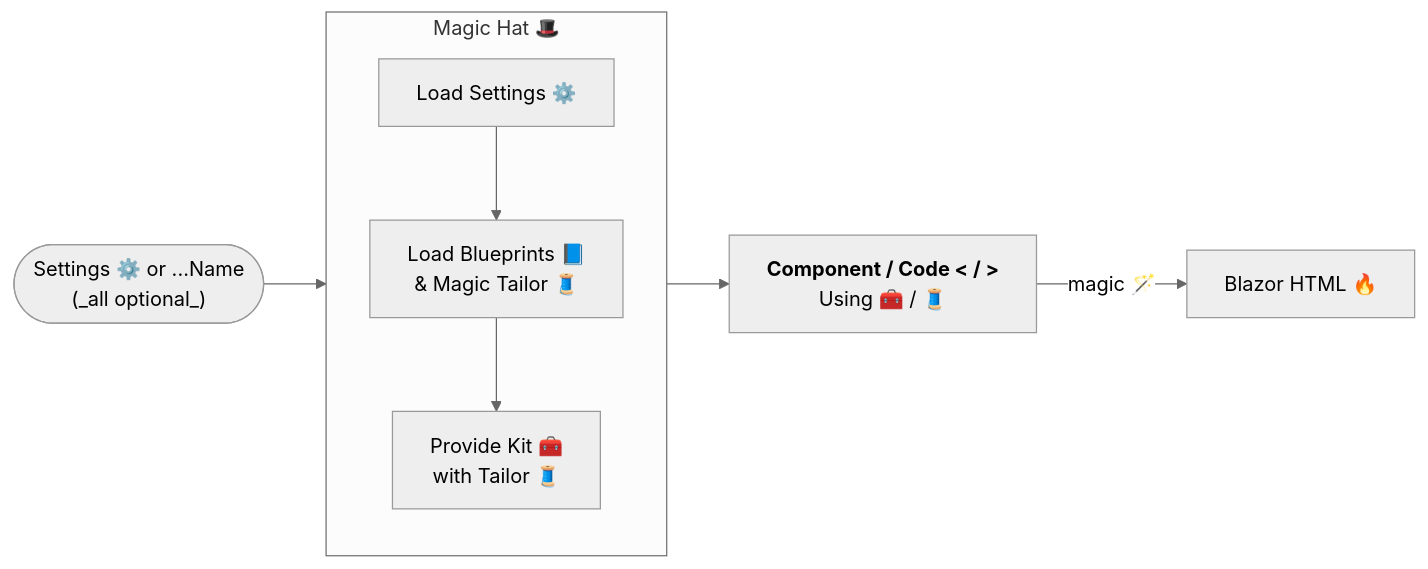
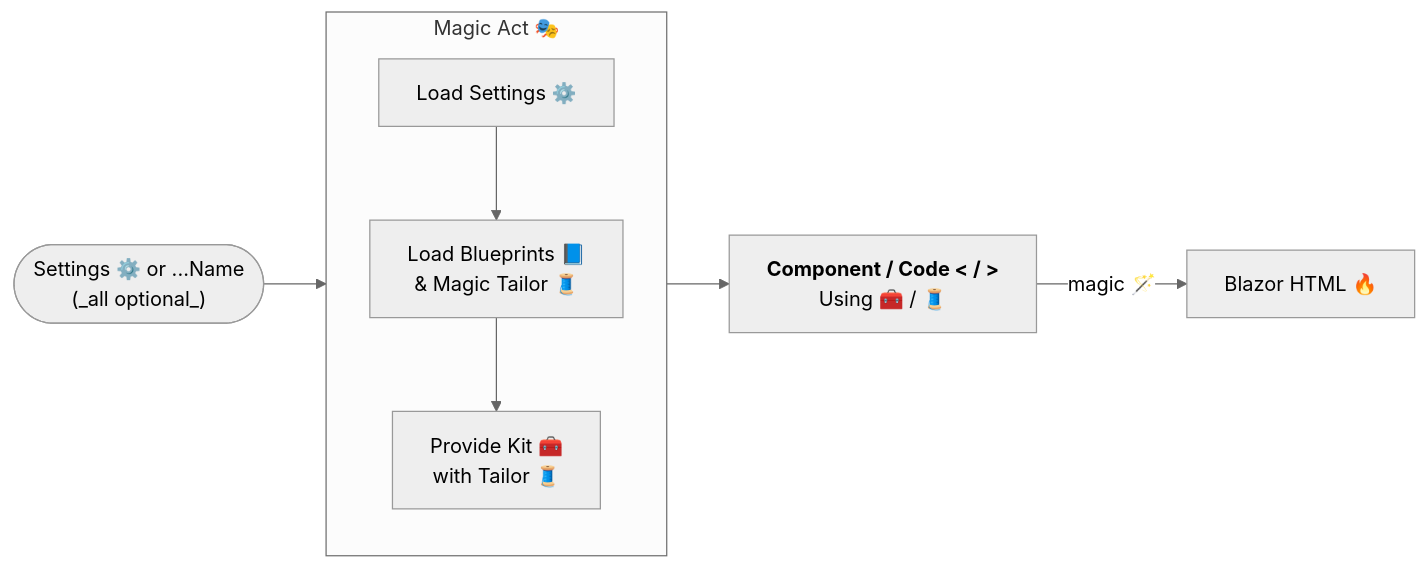
One commit to cre8magic/cre8magic changed the second of 2 diagrams in docs-src/pages/library/magic-menu/index.md. Above: the diagram before and after it, drawn with Mermaid (neutral theme). The commit also changed other lines of this file and 35 other files, not shown here.

Commit message:
docs MagicHat to MagicAct

````diff
--- a/docs-src/pages/library/magic-menu/index.md
+++ b/docs-src/pages/library/magic-menu/index.md
@@ -77,15 +77,15 @@
 ```mermaid
 flowchart LR
- subgraph s1["Magic Hat 🎩"]
+ subgraph s1["Magic Act 🎭"]
             ls["Load Settings ⚙️"]
         n1["Load Blueprints 📘<br>&amp; Magic Tailor 🧵"]
         gk["Provide Kit 🧰
         with Tailor 🧵"]
   end
     YC["<b>Component / Code &lt; / &gt;</b><br>Using 🧰 / 🧵"] -- magic 🪄 --> HTML["Blazor HTML 🔥"]
     ls --> n1
     n1 --> gk
     s1 --> YC
     S(["Settings ⚙️ or ...Name <br> (_all optional_)"]) --> s1
 
 ```
````
